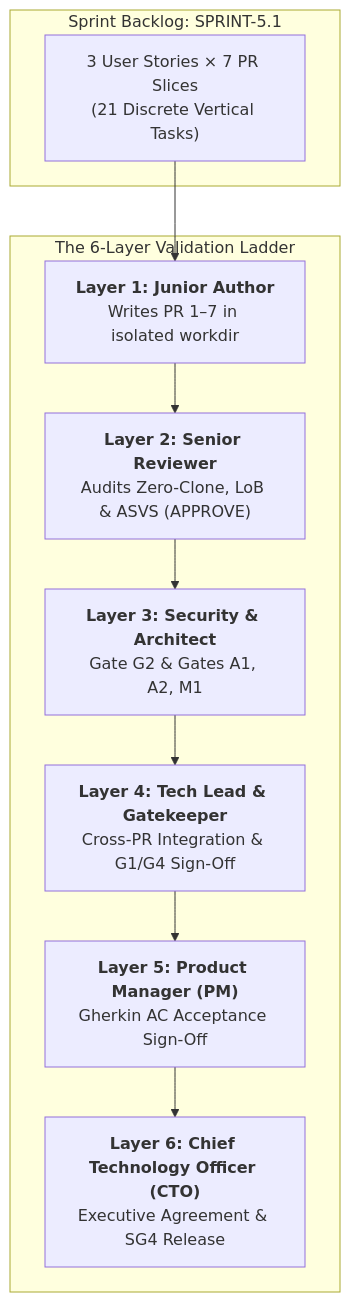
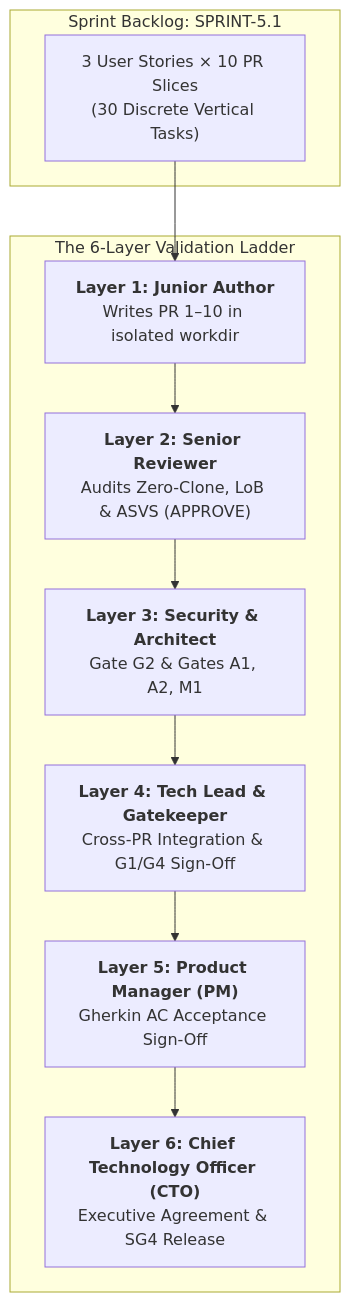
Before and after one commit to maheraladdin/some-commerce: the diagram in docs/sprints/sprint-5.1.md, drawn with Mermaid. The commit also changed other lines of this file and 11 other files, not shown here.

Commit message:
docs(sprints): expand multi-agent implementation plans from 7 to 10 PRs aligned with 10-pillar architecture

````diff
--- a/docs/sprints/sprint-5.1.md
+++ b/docs/sprints/sprint-5.1.md
@@ -67,17 +67,17 @@
 ```mermaid
 flowchart TD
     subgraph "Sprint Backlog: SPRINT-5.1"
-        STORIES["3 User Stories × 7 PR Slices<br/>(21 Discrete Vertical Tasks)"]
+        STORIES["3 User Stories × 10 PR Slices<br/>(30 Discrete Vertical Tasks)"]
     end
 
     subgraph "The 6-Layer Validation Ladder"
-        L1["<b>Layer 1: Junior Author</b><br/>Writes PR 1–7 in isolated workdir"]
+        L1["<b>Layer 1: Junior Author</b><br/>Writes PR 1–10 in isolated workdir"]
         --> L2["<b>Layer 2: Senior Reviewer</b><br/>Audits Zero-Clone, LoB & ASVS (APPROVE)"]
         --> L3["<b>Layer 3: Security & Architect</b><br/>Gate G2 & Gates A1, A2, M1"]
         --> L4["<b>Layer 4: Tech Lead & Gatekeeper</b><br/>Cross-PR Integration & G1/G4 Sign-Off"]
         --> L5["<b>Layer 5: Product Manager (PM)</b><br/>Gherkin AC Acceptance Sign-Off"]
         --> L6["<b>Layer 6: Chief Technology Officer (CTO)</b><br/>Executive Agreement & SG4 Release"]
     end
 
     STORIES --> L1
 ```
````
